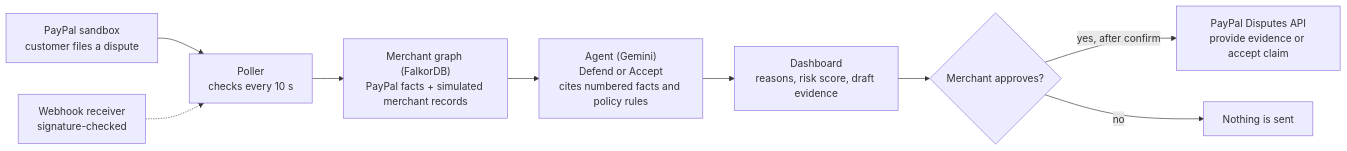
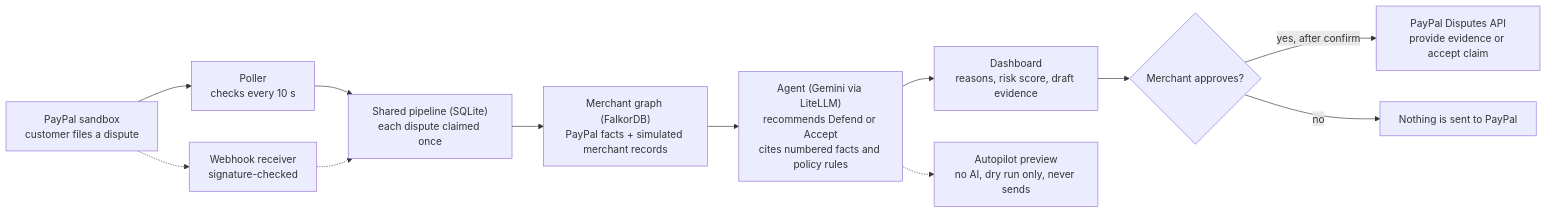
Before and after one commit to codingwinterz/Dispute-Desk: the diagram in README.md, drawn with Mermaid. The commit also changed other lines of this file, not shown here.

Commit message:
README: How PayPal and AI are used; recommends not decides; diagram shows shared pipeline and Autopilot preview; What's next

````diff
--- a/README.md
+++ b/README.md
@@ -21,11 +21,14 @@
 ```mermaid
 flowchart LR
   A["PayPal sandbox<br/>customer files a dispute"] --> B["Poller<br/>checks every 10 s"]
-  W["Webhook receiver<br/>signature-checked"] -.-> B
-  B --> C["Merchant graph (FalkorDB)<br/>PayPal facts + simulated merchant records"]
-  C --> D["Agent (Gemini)<br/>Defend or Accept<br/>cites numbered facts and policy rules"]
+  A -.-> W["Webhook receiver<br/>signature-checked"]
+  B --> S["Shared pipeline (SQLite)<br/>each dispute claimed once"]
+  W -.-> S
+  S --> C["Merchant graph (FalkorDB)<br/>PayPal facts + simulated merchant records"]
+  C --> D["Agent (Gemini via LiteLLM)<br/>recommends Defend or Accept<br/>cites numbered facts and policy rules"]
   D --> E["Dashboard<br/>reasons, risk score, draft evidence"]
+  D -.-> AP["Autopilot preview<br/>no AI, dry run only, never sends"]
   E --> F{"Merchant approves?"}
   F -- "yes, after confirm" --> G["PayPal Disputes API<br/>provide evidence or accept claim"]
-  F -- no --> H["Nothing is sent"]
+  F -- no --> H["Nothing is sent to PayPal"]
 ```
````
